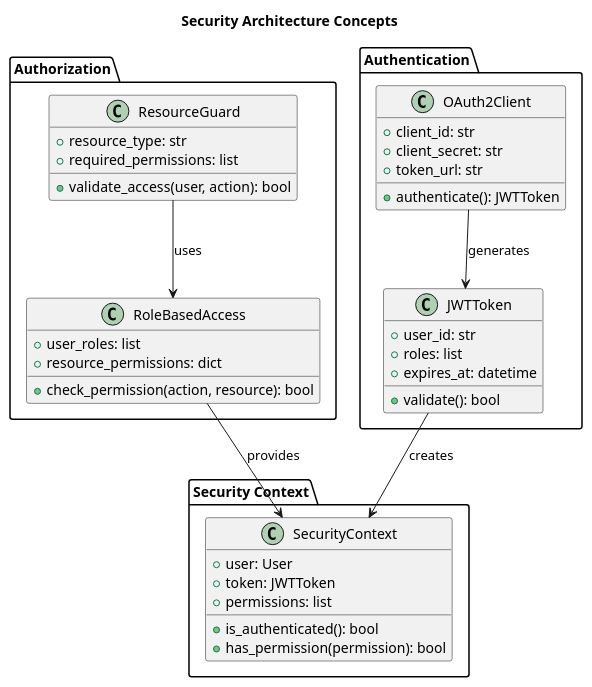
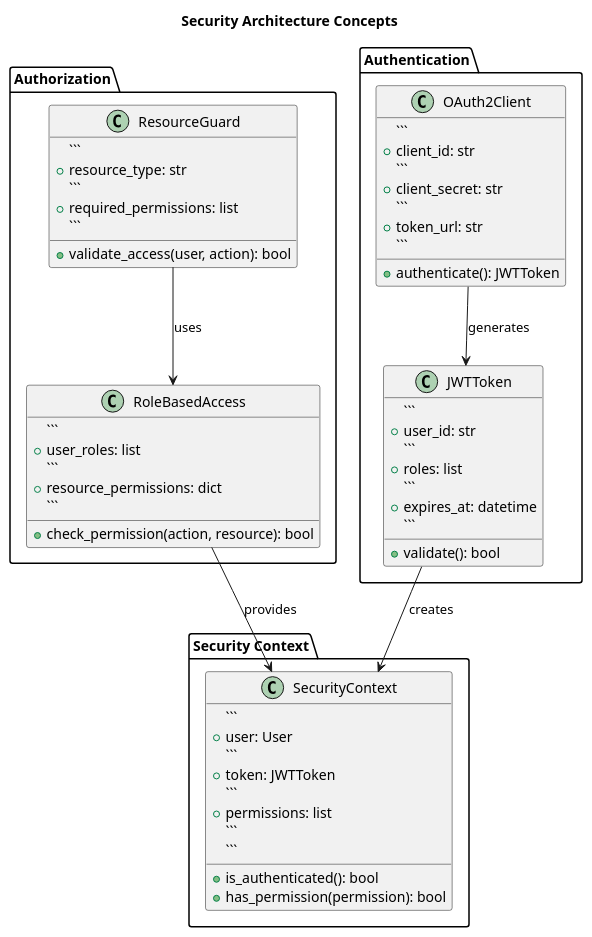
Before and after one commit to datacosmos-br/gruponos-meltano-native: diagram 11 of 13 in docs/architecture/arc42/README.md, drawn with PlantUML. The commit also changed other lines of this file and 31 other files, not shown here.

````diff
--- a/docs/architecture/arc42/README.md
+++ b/docs/architecture/arc42/README.md
@@ -876,49 +1089,68 @@
 ```plantuml
 @startuml Security_Concepts
 title Security Architecture Concepts
 
 package "Authentication" {
   class JWTToken {
+    ```
     +user_id: str
+    ```
     +roles: list
+    ```
     +expires_at: datetime
+    ```
     +validate(): bool
   }
 
   class OAuth2Client {
+    ```
     +client_id: str
+    ```
     +client_secret: str
+    ```
     +token_url: str
+    ```
     +authenticate(): JWTToken
   }
 }
 
 package "Authorization" {
   class RoleBasedAccess {
+    ```
     +user_roles: list
+    ```
     +resource_permissions: dict
+    ```
     +check_permission(action, resource): bool
   }
 
   class ResourceGuard {
+    ```
     +resource_type: str
+    ```
     +required_permissions: list
+    ```
     +validate_access(user, action): bool
   }
 }
 
 package "Security Context" {
   class SecurityContext {
+    ```
     +user: User
+    ```
     +token: JWTToken
+    ```
     +permissions: list
+    ```
     +is_authenticated(): bool
+    ```
     +has_permission(permission): bool
   }
 }
 
 JWTToken --> SecurityContext : creates
 OAuth2Client --> JWTToken : generates
 RoleBasedAccess --> SecurityContext : provides
 ResourceGuard --> RoleBasedAccess : uses
 ```
````
